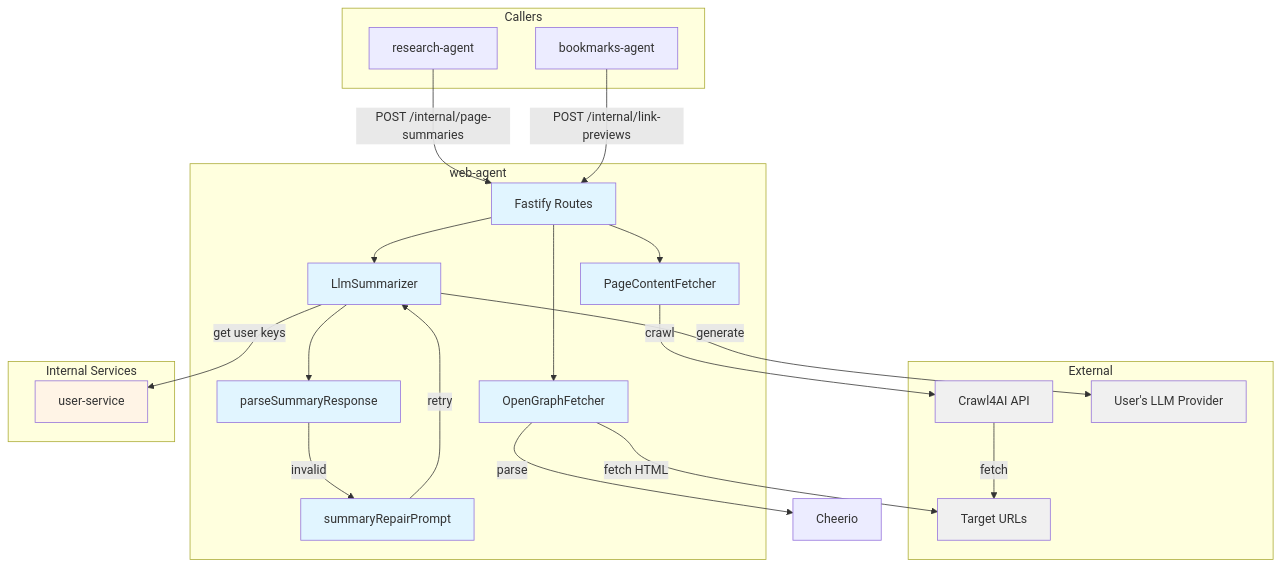
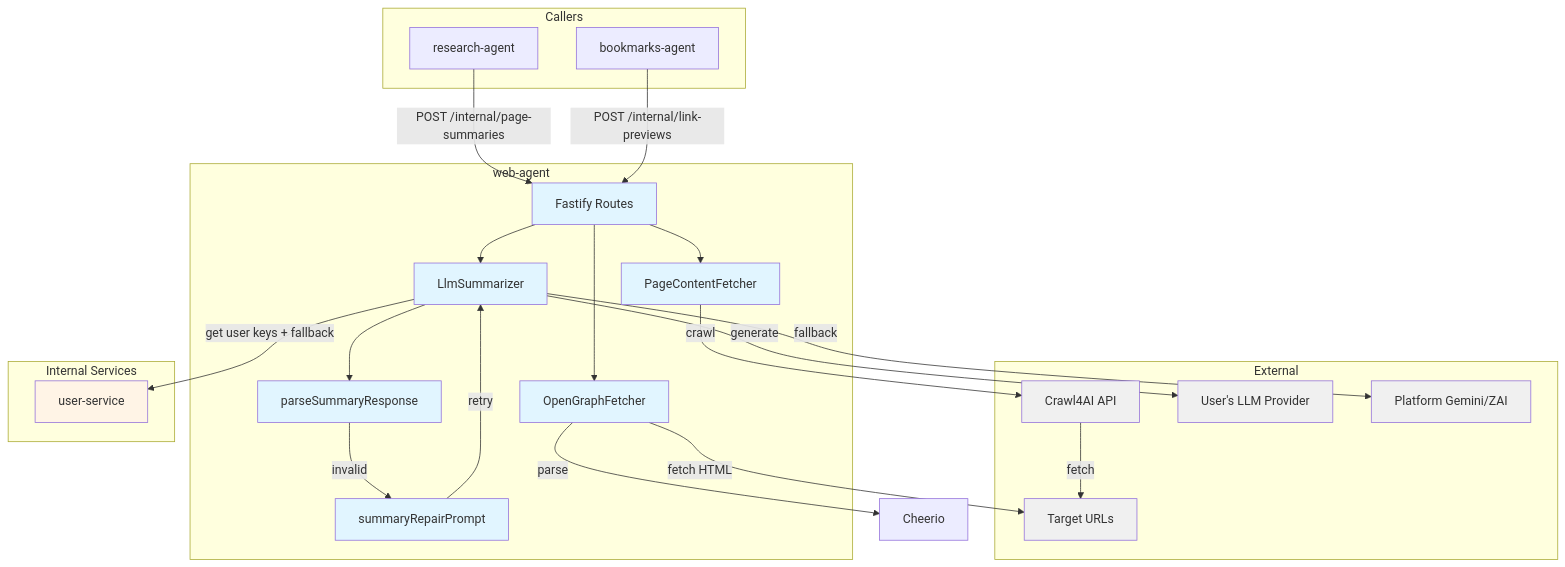
One commit to pbuchman/intexuraos changed the first of 2 diagrams in docs/services/web-agent/technical.md. Above: the diagram before and after it, drawn with Mermaid. The commit also changed other lines of this file and 147 other files, not shown here.

````diff
--- a/docs/services/web-agent/technical.md
+++ b/docs/services/web-agent/technical.md
@@ -11,53 +11,55 @@
 ```mermaid
 graph TB
     subgraph "Callers"
         RA[research-agent]
         BA[bookmarks-agent]
     end
 
     subgraph "web-agent"
         Routes[Fastify Routes]
         PCF[PageContentFetcher]
         LLM[LlmSummarizer]
         OGF[OpenGraphFetcher]
         Parser[parseSummaryResponse]
         Repair[summaryRepairPrompt]
     end
 
     subgraph "External"
         C4AI[Crawl4AI API]
         UserLLM[User's LLM Provider]
+        PlatformLLM[Platform Gemini/ZAI]
         Target[Target URLs]
     end
 
     subgraph "Internal Services"
         US[user-service]
     end
 
     RA -->|POST /internal/page-summaries| Routes
     BA -->|POST /internal/link-previews| Routes
 
     Routes --> PCF
     Routes --> OGF
 
     PCF -->|crawl| C4AI
     C4AI -->|fetch| Target
 
     Routes --> LLM
-    LLM -->|get user keys| US
+    LLM -->|get user keys + fallback| US
     LLM -->|generate| UserLLM
+    LLM -->|fallback| PlatformLLM
     LLM --> Parser
     Parser -->|invalid| Repair
     Repair -->|retry| LLM
 
     OGF -->|fetch HTML| Target
     OGF -->|parse| Cheerio[Cheerio]
 
     classDef service fill:#e1f5ff
     classDef external fill:#f0f0f0
     classDef internal fill:#fff4e6
 
     class Routes,PCF,LLM,OGF,Parser,Repair service
-    class C4AI,UserLLM,Target external
+    class C4AI,UserLLM,PlatformLLM,Target external
     class US internal
 ```
````
